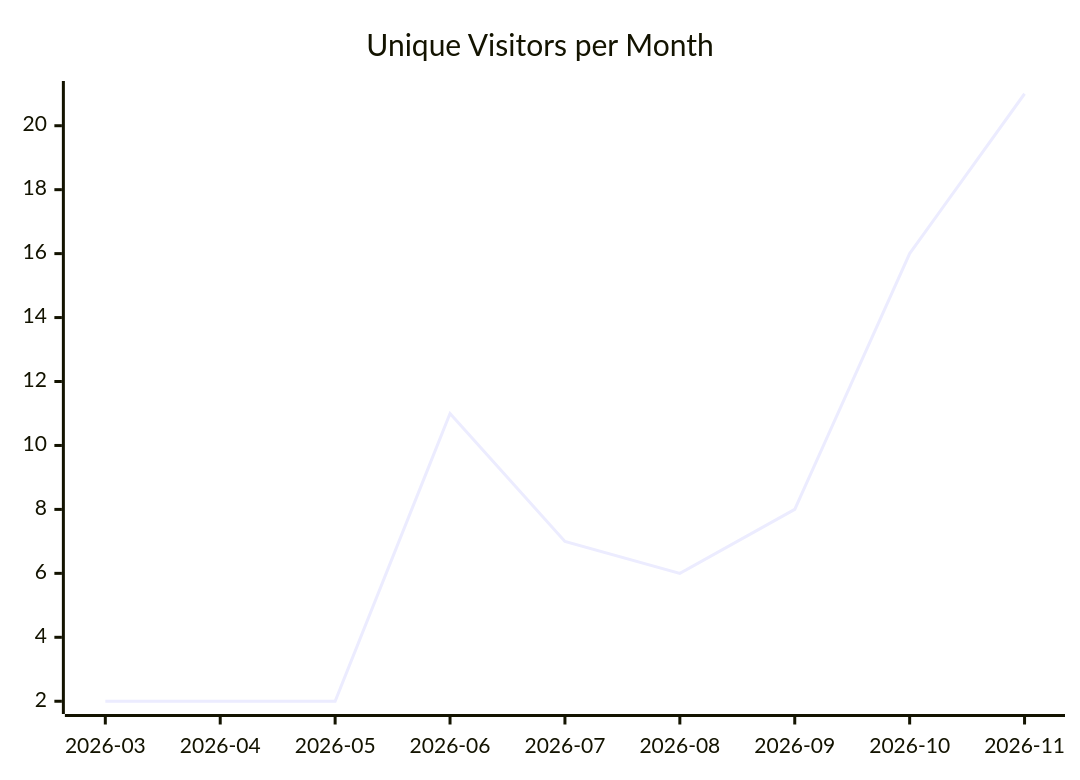
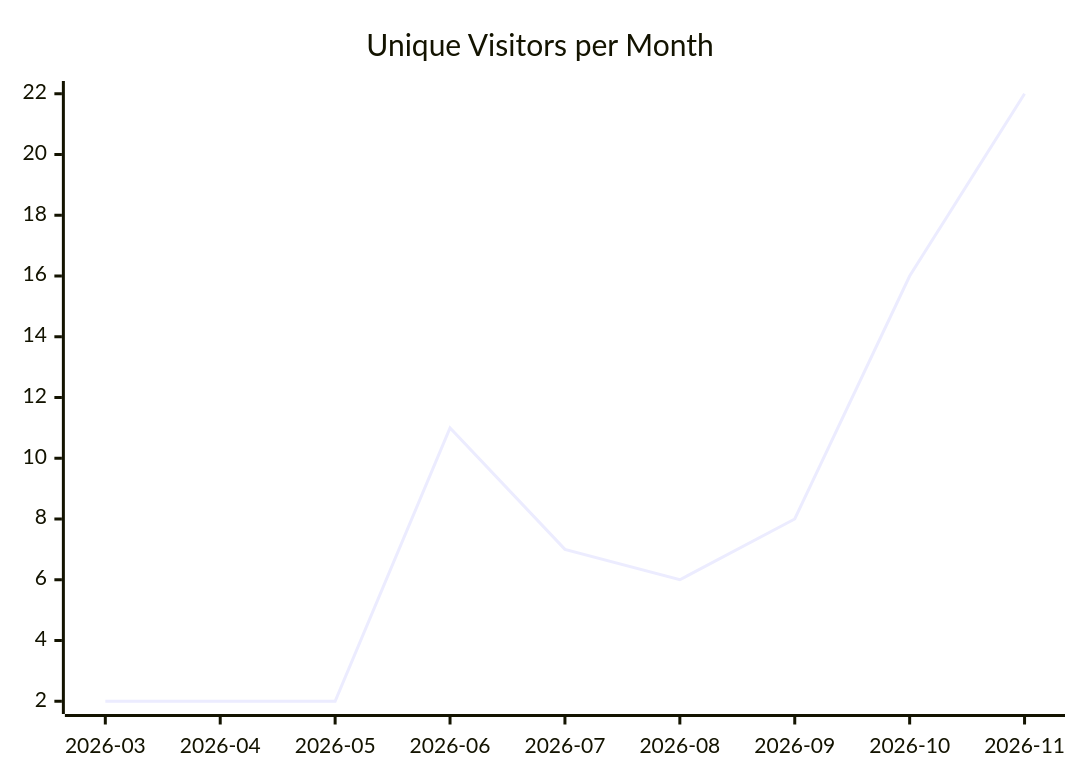
The first of 3 diagrams in karlmdavis/ansible-role-jenkins2/README.md (justdavis-family/github-analytics-data), drawn with Mermaid before and after one commit. The commit also changed other lines of this file and 194 other files, not shown here.

````diff
--- a/karlmdavis/ansible-role-jenkins2/README.md
+++ b/karlmdavis/ansible-role-jenkins2/README.md
@@ -5,6 +5,6 @@
 ```mermaid
 xychart-beta
   title "Unique Visitors per Month"
   x-axis ["2026-03", "2026-04", "2026-05", "2026-06", "2026-07", "2026-08", "2026-09", "2026-10", "2026-11"]
-  line [2, 2, 2, 11, 7, 6, 8, 16, 21]
+  line [2, 2, 2, 11, 7, 6, 8, 16, 22]
 ```
````
